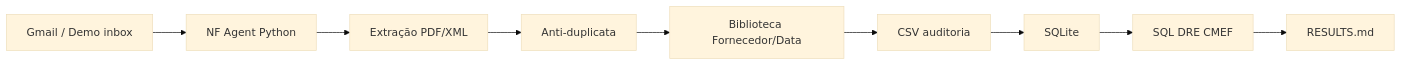
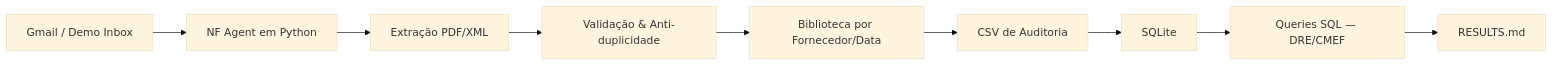
Before and after one commit to dennerrmartins/finance-ops-automation: the diagram in README.md, drawn with Mermaid (base theme). The commit also changed other lines of this file, not shown here.

Commit message:
Melhora secao Pipeline do README com diagrama Mermaid e texto de negocio.

````diff
--- a/README.md
+++ b/README.md
@@ -32,11 +24,11 @@
 ```mermaid
 flowchart LR
-  A[Gmail / Demo inbox] --> B[NF Agent Python]
-  B --> C[Extração PDF/XML]
-  C --> D[Anti-duplicata]
-  D --> E[Biblioteca Fornecedor/Data]
-  E --> F[CSV auditoria]
-  F --> G[SQLite]
-  G --> H[SQL DRE CMEF]
-  H --> I[RESULTS.md]
+    A["Gmail / Demo Inbox"] --> B["NF Agent em Python"]
+    B --> C["Extração PDF/XML"]
+    C --> D["Validação & Anti-duplicidade"]
+    D --> E["Biblioteca por Fornecedor/Data"]
+    E --> F["CSV de Auditoria"]
+    F --> G["SQLite"]
+    G --> H["Queries SQL — DRE/CMEF"]
+    H --> I["RESULTS.md"]
 ```
````
